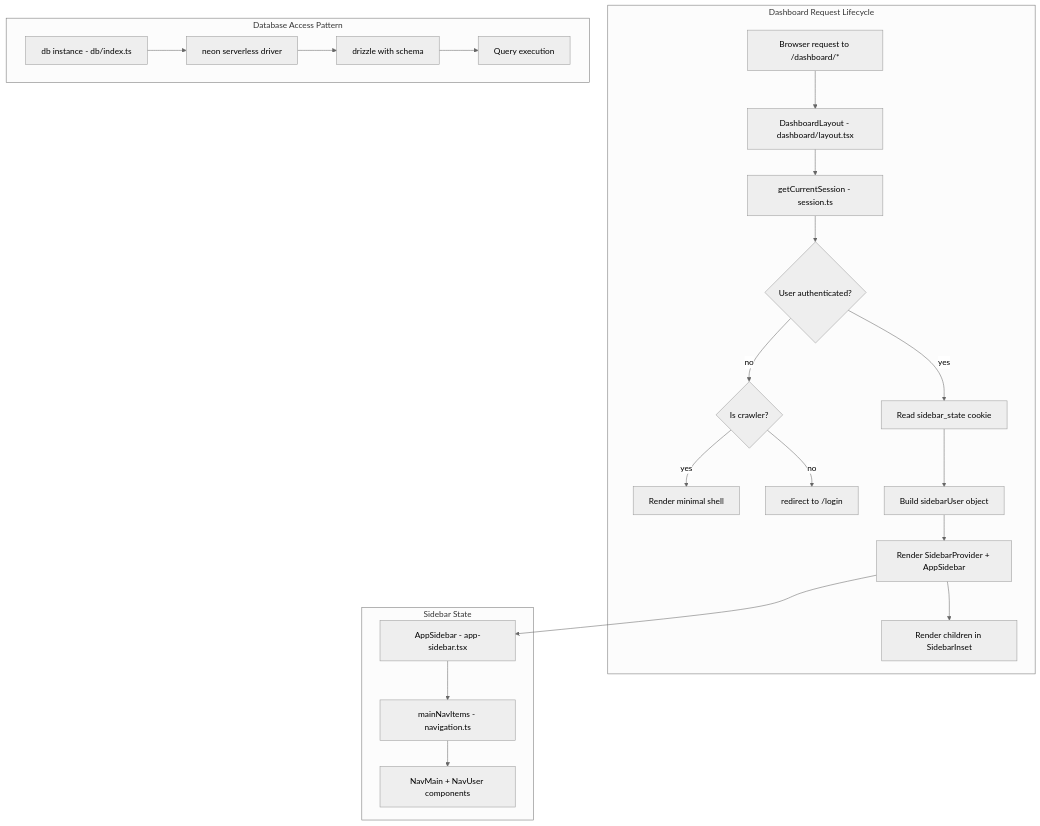
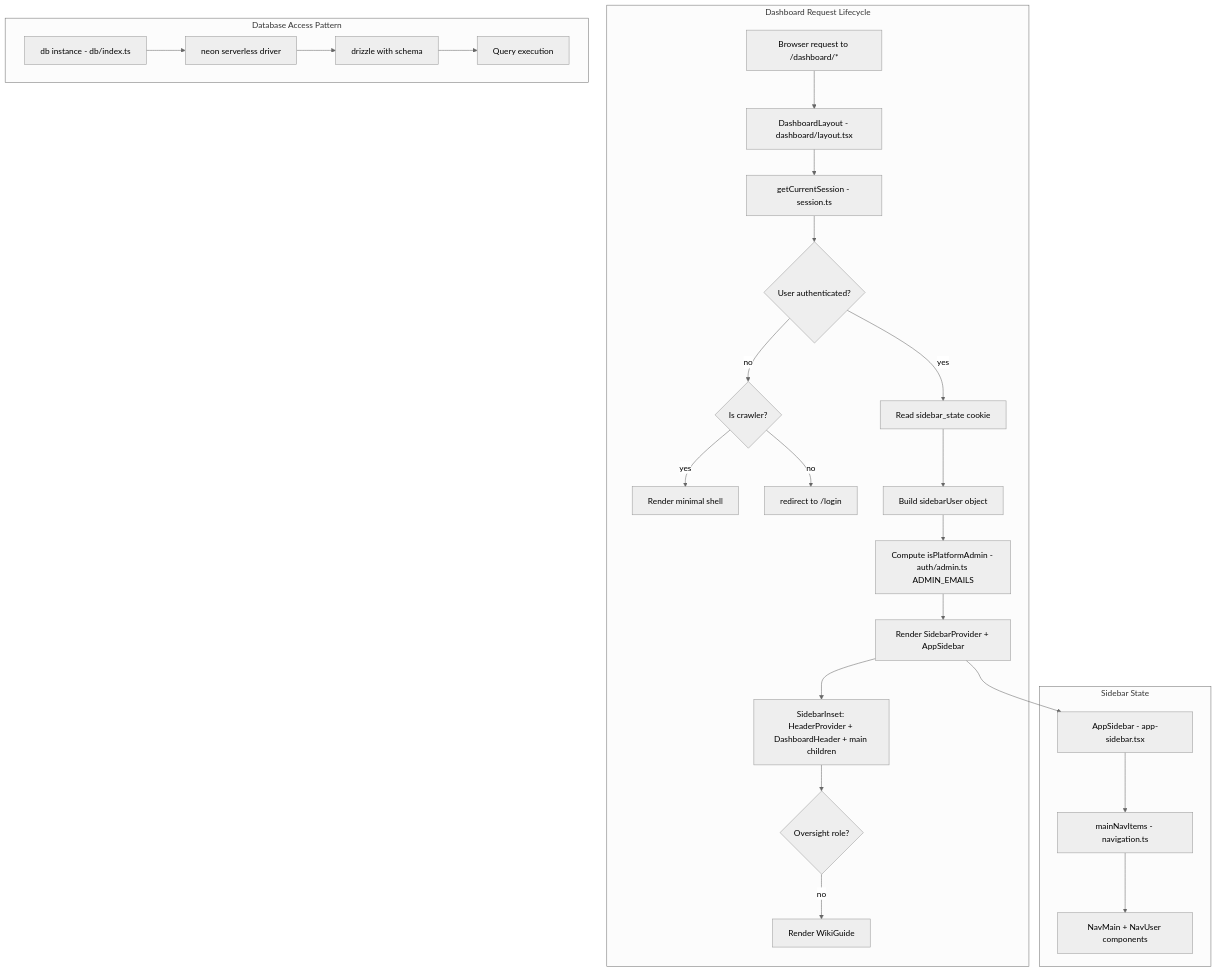
The diagram in memory/flows/request-lifecycle.mmd (SebastianGarces/everyfield_v2), drawn with Mermaid before and after one commit. The commit also changed 62 other files, not shown here.

```diff
--- a/memory/flows/request-lifecycle.mmd
+++ b/memory/flows/request-lifecycle.mmd
@@ -1,40 +1,44 @@
 %%{init: {'theme': 'neutral'}}%%
 flowchart TD
     subgraph request [Dashboard Request Lifecycle]
         REQ1[Browser request to /dashboard/*]
         REQ2["DashboardLayout - dashboard/layout.tsx"]
         REQ3["getCurrentSession - session.ts"]
         REQ4{User authenticated?}
         REQ5{Is crawler?}
         REQ6[Render minimal shell]
         REQ7[redirect to /login]
         REQ8[Read sidebar_state cookie]
         REQ9[Build sidebarUser object]
+        REQ9b["Compute isPlatformAdmin - auth/admin.ts ADMIN_EMAILS"]
         REQ10[Render SidebarProvider + AppSidebar]
-        REQ11[Render children in SidebarInset]
-        
+        REQ11[SidebarInset: HeaderProvider + DashboardHeader + main children]
+        REQ12{Oversight role?}
+        REQ13[Render WikiGuide]
+
         REQ1 --> REQ2 --> REQ3 --> REQ4
         REQ4 -->|no| REQ5
         REQ5 -->|yes| REQ6
         REQ5 -->|no| REQ7
-        REQ4 -->|yes| REQ8 --> REQ9 --> REQ10 --> REQ11
+        REQ4 -->|yes| REQ8 --> REQ9 --> REQ9b --> REQ10 --> REQ11 --> REQ12
+        REQ12 -->|no| REQ13
     end
 
     subgraph db [Database Access Pattern]
         DB1["db instance - db/index.ts"]
         DB2["neon serverless driver"]
         DB3["drizzle with schema"]
         DB4[Query execution]
         
         DB1 --> DB2 --> DB3 --> DB4
     end
 
     subgraph sidebar [Sidebar State]
         SB1["AppSidebar - app-sidebar.tsx"]
         SB2["mainNavItems - navigation.ts"]
         SB3["NavMain + NavUser components"]
         
         SB1 --> SB2 --> SB3
     end
 
     REQ10 --> SB1
```
